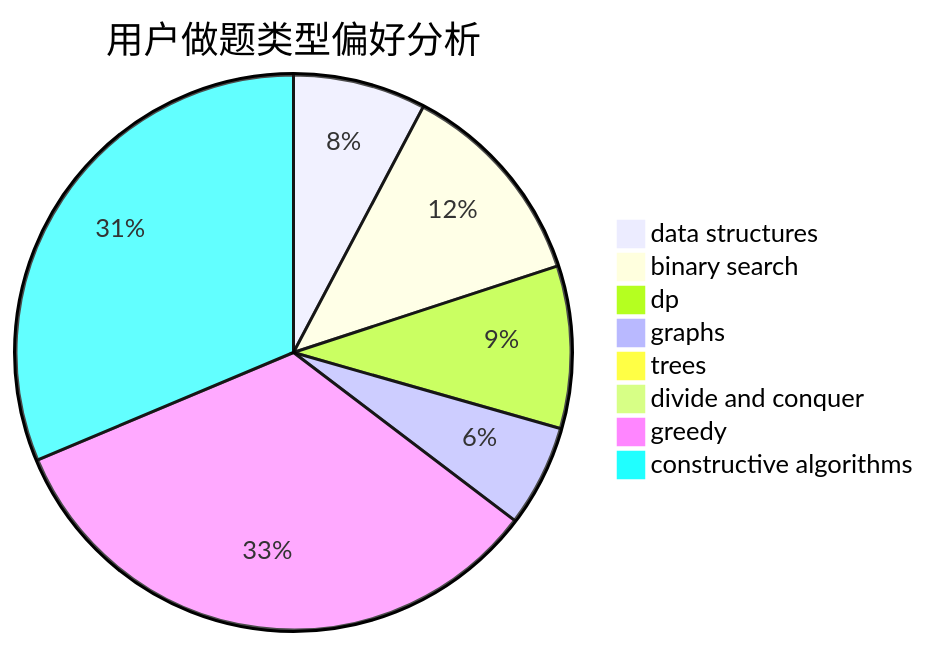
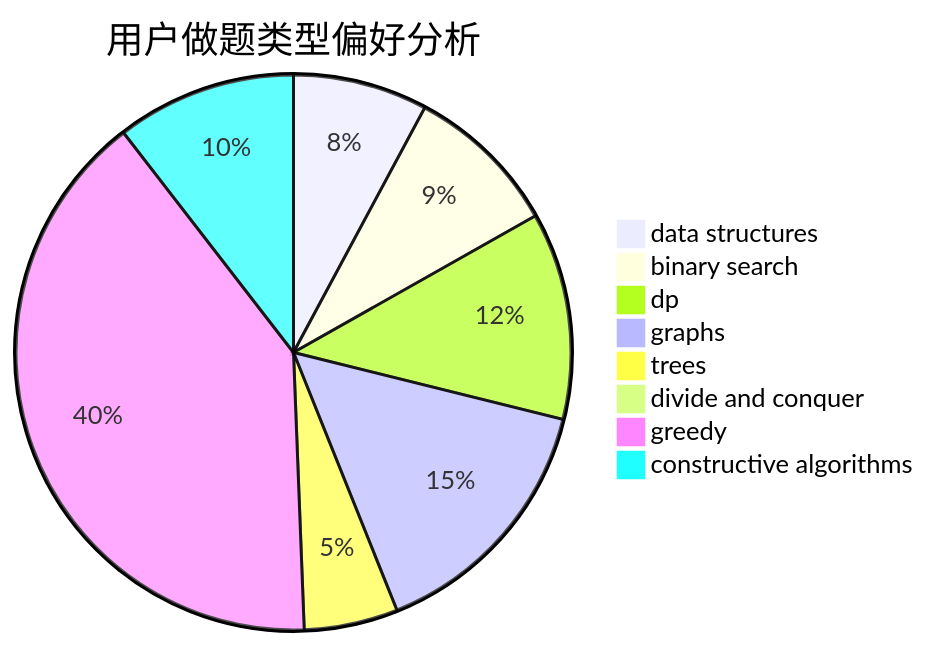
The second of 3 diagrams in docs/user/u2168.md (sherpahu/cfrs.github.io), drawn with Mermaid before and after one commit. The commit also changed other lines of this file and 2770 other files, not shown here.

````diff
--- a/docs/user/u2168.md
+++ b/docs/user/u2168.md
@@ -23,11 +23,11 @@
 ```mermaid
 pie title 用户做题类型偏好分析
-    "data structures" :  81
-    "binary search" :  128
-    "dp" :  99
-    "graphs" :  62
-    "trees" :  8
-    "divide and conquer" :  0
-    "greedy" :  349
-    "constructive algorithms" :  328
+    "data structures" :  89
+    "binary search" :  102
+    "dp" :  137
+    "graphs" :  171
+    "trees" :  62
+    "divide and conquer" :  10
+    "greedy" :  456
+    "constructive algorithms" :  119
 ```
````
